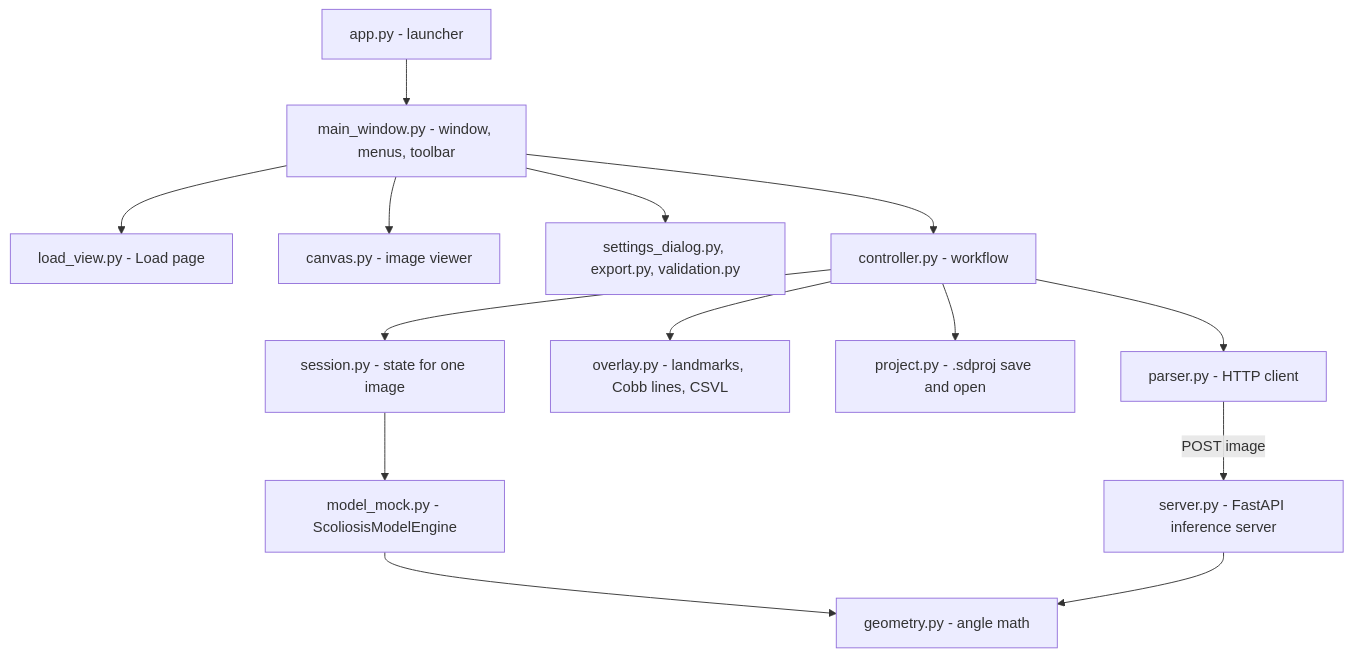
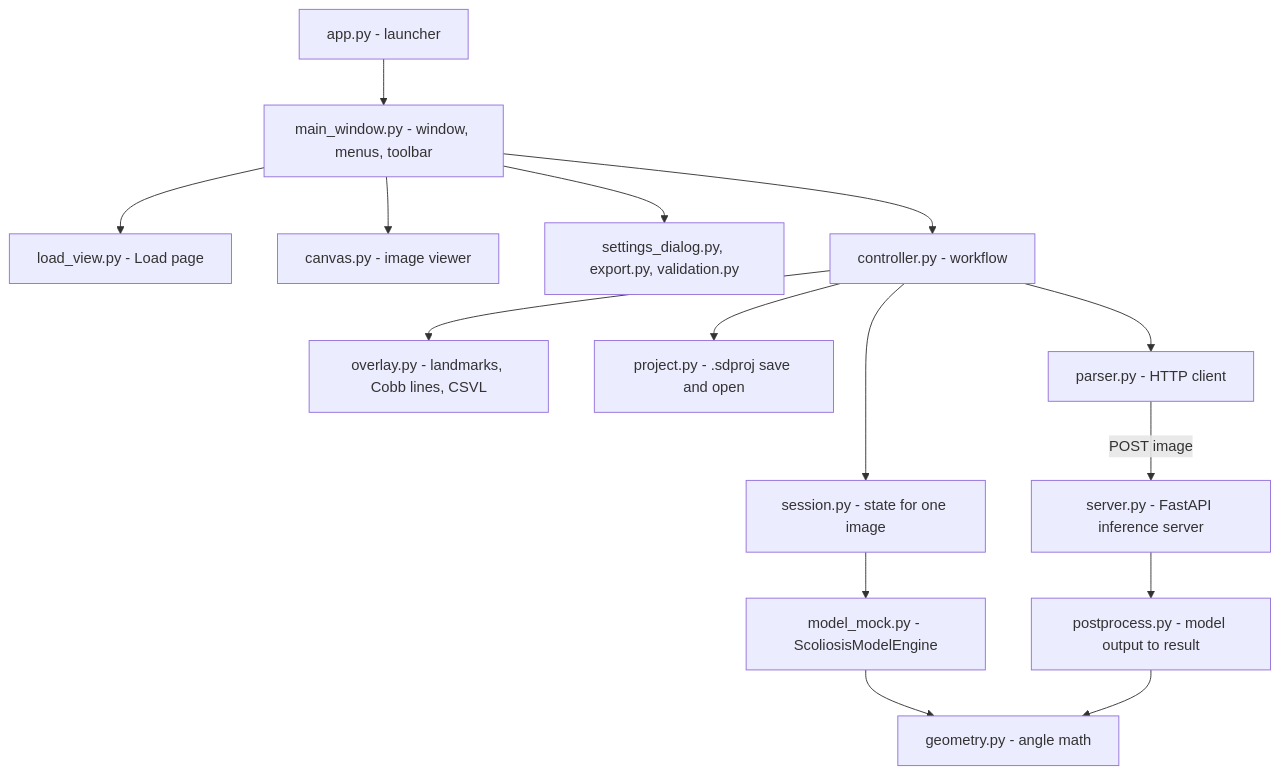
One commit to reerooryu/scoliosis_detection_ui changed the diagram in README.md. Above: the diagram before and after it, drawn with Mermaid. The commit also changed other lines of this file and 3 other files, not shown here.

Commit message:
fix: corner-order-independent endplate tilt; move server post-processing to modules/postprocess.py and stop copying unused masks

````diff
--- a/README.md
+++ b/README.md
@@ -155,16 +155,17 @@
 ```mermaid
 graph TD
     App["app.py - launcher"] --> Main["main_window.py - window, menus, toolbar"]
     Main --> Load["load_view.py - Load page"]
     Main --> Canvas["canvas.py - image viewer"]
     Main --> Dialogs["settings_dialog.py, export.py, validation.py"]
     Main --> Controller["controller.py - workflow"]
     Controller --> Session["session.py - state for one image"]
     Controller --> Overlay["overlay.py - landmarks, Cobb lines, CSVL"]
     Controller --> Project["project.py - .sdproj save and open"]
     Controller --> Parser["parser.py - HTTP client"]
     Session --> Engine["model_mock.py - ScoliosisModelEngine"]
     Engine --> Geometry["geometry.py - angle math"]
     Parser -->|POST image| Server["server.py - FastAPI inference server"]
-    Server --> Geometry
+    Server --> Post["postprocess.py - model output to result"]
+    Post --> Geometry
 ```
````
